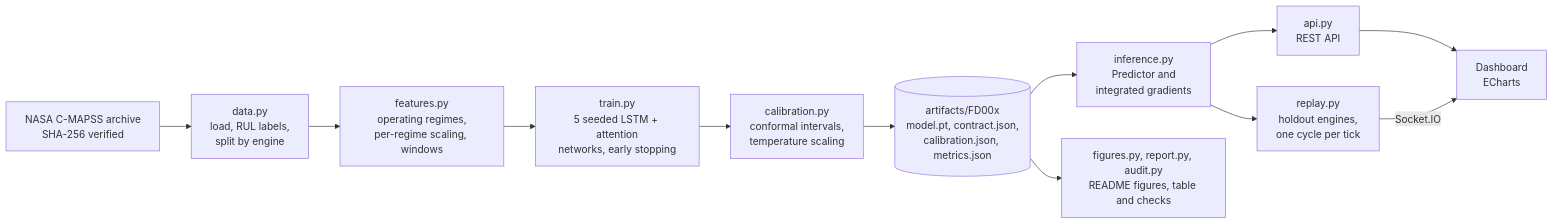
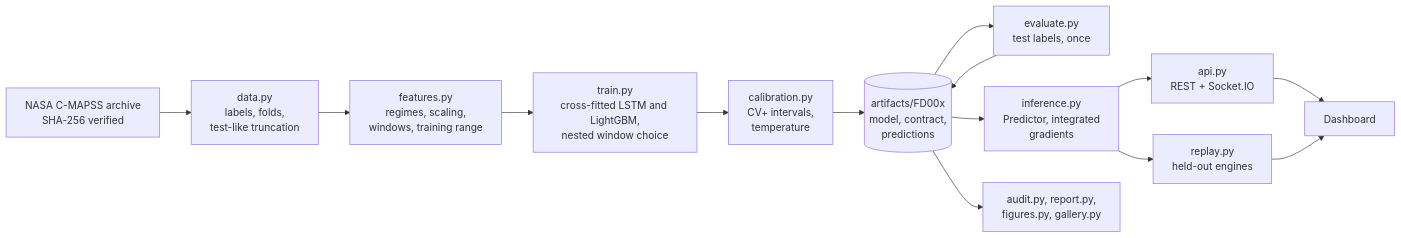
One commit to easensoy/ml-predictive-maintenance-system changed the diagram in README.md. Above: the diagram before and after it, drawn with Mermaid. The commit also changed other lines of this file and 3 other files, not shown here.

First line of the commit message:
Remove holdout-lives figure, light theme (replaced by the out-of-fold lives figure)

````diff
--- a/README.md
+++ b/README.md
@@ -130,14 +293,16 @@
 ```mermaid
 flowchart LR
-    A["NASA C-MAPSS archive<br/>SHA-256 verified"] --> B["data.py<br/>load, RUL labels,<br/>split by engine"]
-    B --> C["features.py<br/>operating regimes,<br/>per-regime scaling, windows"]
-    C --> D["train.py<br/>5 seeded LSTM + attention<br/>networks, early stopping"]
-    D --> E["calibration.py<br/>conformal intervals,<br/>temperature scaling"]
-    E --> F[("artifacts/FD00x<br/>model.pt, contract.json,<br/>calibration.json, metrics.json")]
-    F --> G["inference.py<br/>Predictor and<br/>integrated gradients"]
-    G --> H["api.py<br/>REST API"]
-    G --> I["replay.py<br/>holdout engines,<br/>one cycle per tick"]
-    H --> K["Dashboard<br/>ECharts"]
-    I -- Socket.IO --> K
-    F --> L["figures.py, report.py, audit.py<br/>README figures, table and checks"]
+    A["NASA C-MAPSS archive<br/>SHA-256 verified"] --> B["data.py<br/>labels, folds,<br/>test-like truncation"]
+    B --> C["features.py<br/>regimes, scaling,<br/>windows, training range"]
+    C --> D["train.py<br/>cross-fitted LSTM and LightGBM,<br/>nested window choice"]
+    D --> E["calibration.py<br/>CV+ intervals,<br/>temperature"]
+    E --> F[("artifacts/FD00x<br/>model, contract,<br/>predictions")]
+    F --> M["evaluate.py<br/>test labels, once"]
+    M --> F
+    F --> G["inference.py<br/>Predictor, integrated<br/>gradients"]
+    G --> H["api.py<br/>REST + Socket.IO"]
+    G --> I["replay.py<br/>held-out engines"]
+    H --> K["Dashboard"]
+    I --> K
+    F --> L["audit.py, report.py,<br/>figures.py, gallery.py"]
 ```
````
